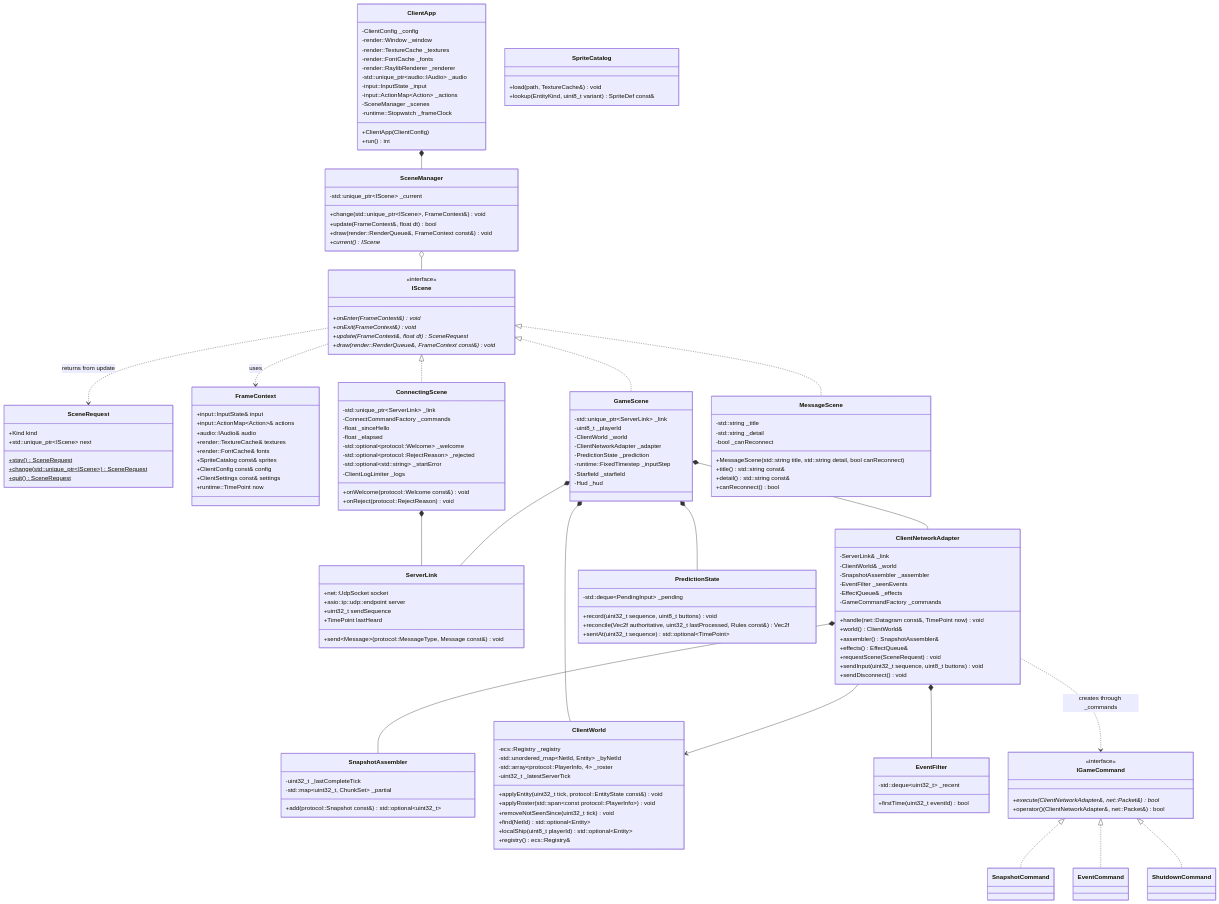
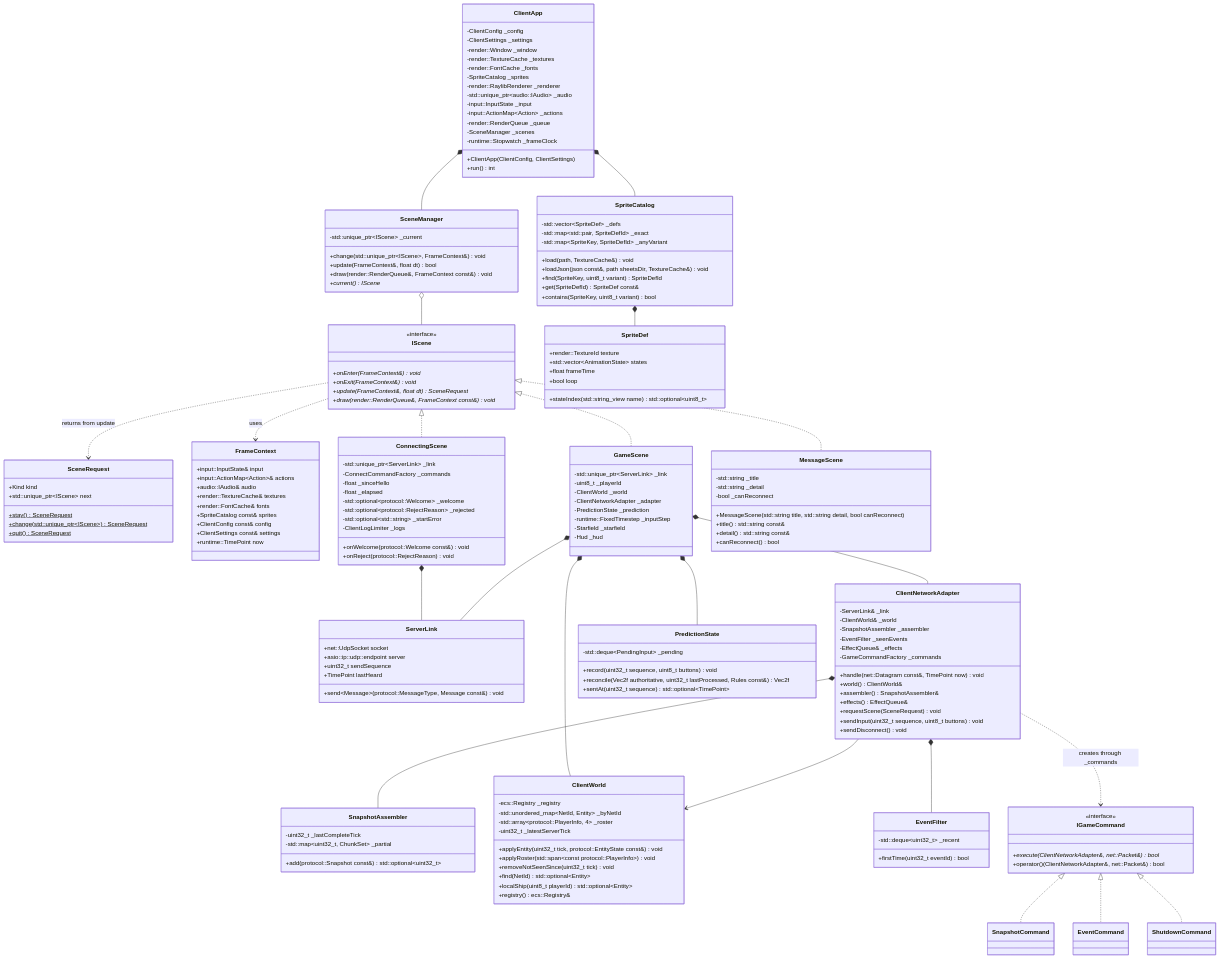
One commit to janumaruku/r-type changed the diagram in docs/modules/client.md. Above: the diagram before and after it, drawn with Mermaid. The commit also changed other lines of this file and 2 other files, not shown here.

Commit message:
docs: RTP-122 #comment Document the sprite catalog

```diff
--- a/docs/modules/client.md
+++ b/docs/modules/client.md
@@ -25,16 +25,19 @@
 classDiagram
     class ClientApp {
         -ClientConfig _config
+        -ClientSettings _settings
         -render::Window _window
         -render::TextureCache _textures
         -render::FontCache _fonts
+        -SpriteCatalog _sprites
         -render::RaylibRenderer _renderer
         -std::unique_ptr~audio::IAudio~ _audio
         -input::InputState _input
         -input::ActionMap~Action~ _actions
+        -render::RenderQueue _queue
         -SceneManager _scenes
         -runtime::Stopwatch _frameClock
-        +ClientApp(ClientConfig)
+        +ClientApp(ClientConfig, ClientSettings)
         +run() int
     }
     class IScene {
@@ -150,13 +153,28 @@
         +sentAt(uint32_t sequence) std::optional~TimePoint~
     }
     class SpriteCatalog {
+        -std::vector~SpriteDef~ _defs
+        -std::map~std::pair, SpriteDefId~ _exact
+        -std::map~SpriteKey, SpriteDefId~ _anyVariant
         +load(path, TextureCache&) void
-        +lookup(EntityKind, uint8_t variant) SpriteDef const&
+        +loadJson(json const&, path sheetsDir, TextureCache&) void
+        +find(SpriteKey, uint8_t variant) SpriteDefId
+        +get(SpriteDefId) SpriteDef const&
+        +contains(SpriteKey, uint8_t variant) bool
+    }
+    class SpriteDef {
+        +render::TextureId texture
+        +std::vector~AnimationState~ states
+        +float frameTime
+        +bool loop
+        +stateIndex(std::string_view name) std::optional~uint8_t~
     }
     IScene <|.. ConnectingScene
     IScene <|.. GameScene
     IScene <|.. MessageScene
     ClientApp *-- SceneManager
+    ClientApp *-- SpriteCatalog
+    SpriteCatalog *-- SpriteDef
     SceneManager o-- IScene
     IScene ..> SceneRequest : returns from update
     IScene ..> FrameContext : uses
```
